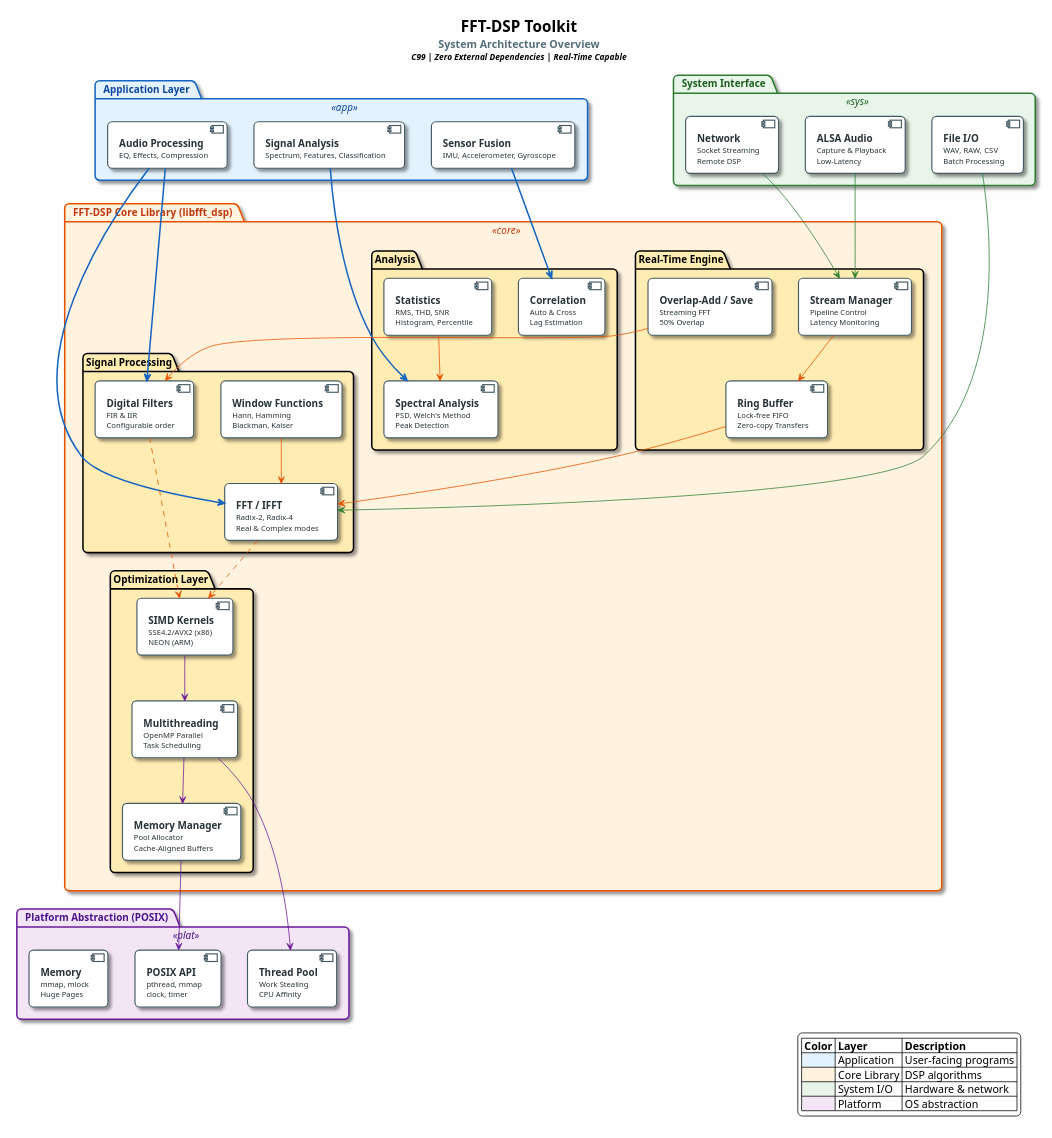
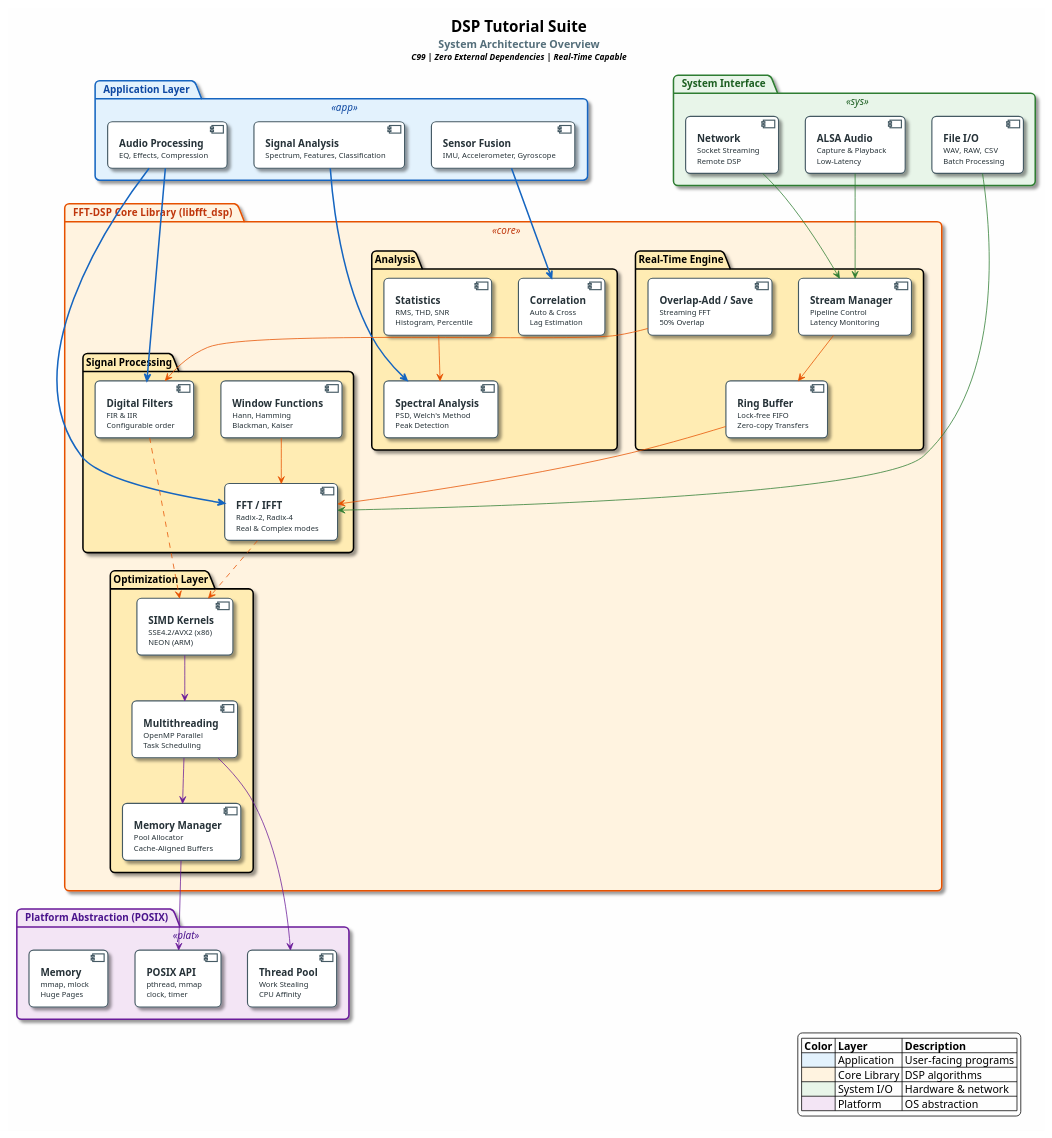
Before and after one commit to nikhiloz/fft-dsp-toolkit: the diagram in reference/diagrams/architecture.puml, drawn with PlantUML. The commit also changed 11 other files, not shown here.

First line of the commit message:
Rename project: fft-dsp-toolkit → dsp-tutorial-suite

```diff
--- a/reference/diagrams/architecture.puml
+++ b/reference/diagrams/architecture.puml
@@ -1,108 +1,108 @@
 @startuml architecture
 
 skinparam backgroundColor #FEFEFE
 skinparam defaultFontName "Segoe UI"
 skinparam defaultFontSize 13
 skinparam shadowing true
 skinparam roundcorner 12
 skinparam packageBorderThickness 2
 
 skinparam package {
     BackgroundColor<<app>> #E3F2FD
     BorderColor<<app>> #1565C0
     FontColor<<app>> #0D47A1
     BackgroundColor<<core>> #FFF3E0
     BorderColor<<core>> #E65100
     FontColor<<core>> #BF360C
     BackgroundColor<<sys>> #E8F5E9
     BorderColor<<sys>> #2E7D32
     FontColor<<sys>> #1B5E20
     BackgroundColor<<plat>> #F3E5F5
     BorderColor<<plat>> #6A1B9A
     FontColor<<plat>> #4A148C
 }
 
 skinparam component {
     BackgroundColor #FFFFFF
     BorderColor #455A64
     FontColor #263238
     BorderThickness 1.5
 }
 
-title <size:20><b>FFT-DSP Toolkit</b></size>\n<size:14><color:#546E7A>System Architecture Overview</color></size>\n<size:11><i>C99 | Zero External Dependencies | Real-Time Capable</i></size>
+title <size:20><b>DSP Tutorial Suite</b></size>\n<size:14><color:#546E7A>System Architecture Overview</color></size>\n<size:11><i>C99 | Zero External Dependencies | Real-Time Capable</i></size>
 
 package "  Application Layer  " <<app>> {
     [<b>Audio Processing</b>\n<size:10>EQ, Effects, Compression</size>] as AP
     [<b>Signal Analysis</b>\n<size:10>Spectrum, Features, Classification</size>] as SA
     [<b>Sensor Fusion</b>\n<size:10>IMU, Accelerometer, Gyroscope</size>] as SF
 }
 
 package "  FFT-DSP Core Library  (libfft_dsp)  " <<core>> {
     package "Signal Processing" #FFECB3 {
         [<b>FFT / IFFT</b>\n<size:10>Radix-2, Radix-4</size>\n<size:10>Real & Complex modes</size>] as FFT
         [<b>Digital Filters</b>\n<size:10>FIR & IIR</size>\n<size:10>Configurable order</size>] as FILT
         [<b>Window Functions</b>\n<size:10>Hann, Hamming</size>\n<size:10>Blackman, Kaiser</size>] as WIN
     }
 
     package "Analysis" #FFECB3 {
         [<b>Spectral Analysis</b>\n<size:10>PSD, Welch's Method</size>\n<size:10>Peak Detection</size>] as SPEC
         [<b>Correlation</b>\n<size:10>Auto & Cross</size>\n<size:10>Lag Estimation</size>] as CORR
         [<b>Statistics</b>\n<size:10>RMS, THD, SNR</size>\n<size:10>Histogram, Percentile</size>] as STAT
     }
 
     package "Real-Time Engine" #FFECB3 {
         [<b>Ring Buffer</b>\n<size:10>Lock-free FIFO</size>\n<size:10>Zero-copy Transfers</size>] as RBUF
         [<b>Overlap-Add / Save</b>\n<size:10>Streaming FFT</size>\n<size:10>50% Overlap</size>] as OLA
         [<b>Stream Manager</b>\n<size:10>Pipeline Control</size>\n<size:10>Latency Monitoring</size>] as STR
     }
 
     package "Optimization Layer" #FFECB3 {
         [<b>SIMD Kernels</b>\n<size:10>SSE4.2/AVX2 (x86)</size>\n<size:10>NEON (ARM)</size>] as SIMD
         [<b>Multithreading</b>\n<size:10>OpenMP Parallel</size>\n<size:10>Task Scheduling</size>] as MT
         [<b>Memory Manager</b>\n<size:10>Pool Allocator</size>\n<size:10>Cache-Aligned Buffers</size>] as MEM
     }
 }
 
 package "  System Interface  " <<sys>> {
     [<b>ALSA Audio</b>\n<size:10>Capture & Playback</size>\n<size:10>Low-Latency</size>] as ALSA
     [<b>File I/O</b>\n<size:10>WAV, RAW, CSV</size>\n<size:10>Batch Processing</size>] as FIO
     [<b>Network</b>\n<size:10>Socket Streaming</size>\n<size:10>Remote DSP</size>] as NET
 }
 
 package "  Platform Abstraction (POSIX)  " <<plat>> {
     [<b>POSIX API</b>\n<size:10>pthread, mmap</size>\n<size:10>clock, timer</size>] as POSIX
     [<b>Thread Pool</b>\n<size:10>Work Stealing</size>\n<size:10>CPU Affinity</size>] as TPOOL
     [<b>Memory</b>\n<size:10>mmap, mlock</size>\n<size:10>Huge Pages</size>] as PMEM
 }
 
 AP -[#1565C0,bold]-> FFT
 AP -[#1565C0,bold]-> FILT
 SA -[#1565C0,bold]-> SPEC
 SF -[#1565C0,bold]-> CORR
 
 WIN -[#E65100]-> FFT
 STAT -[#E65100]-> SPEC
 FFT -[#E65100,dashed]-> SIMD
 FILT -[#E65100,dashed]-> SIMD
 RBUF -[#E65100]-> FFT
 OLA -[#E65100]-> FILT
 STR -[#E65100]-> RBUF
 
 ALSA -[#2E7D32]-> STR
 FIO -[#2E7D32]-> FFT
 NET -[#2E7D32]-> STR
 
 SIMD -[#6A1B9A]-> MT
 MT -[#6A1B9A]-> MEM
 MEM -[#6A1B9A]-> POSIX
 MT -[#6A1B9A]-> TPOOL
 
 legend right
   |= Color |= Layer |= Description |
   | <#E3F2FD> | Application | User-facing programs |
   | <#FFF3E0> | Core Library | DSP algorithms |
   | <#E8F5E9> | System I/O | Hardware & network |
   | <#F3E5F5> | Platform | OS abstraction |
 endlegend
 
 @enduml
```
